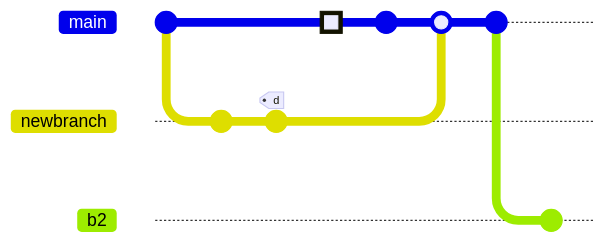
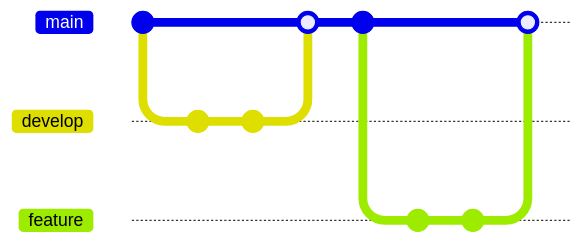
Before and after one commit to 1Nasr/Projet-Extension-VSCode: the second of 3 diagrams in test/export.md, drawn with Mermaid. The commit also changed other lines of this file and 3 other files, not shown here. Commit ids are hidden.

Commit message:
Mermaid fonctionnel

````diff
--- a/test/export.md
+++ b/test/export.md
@@ -48,15 +18,17 @@
-<pre class="mermaid" style="font-size: 24px;">
-gitGraph:
-    commit "Ashish"
-    branch newbranch
-    checkout newbranch
-    commit id:"1111"
-    commit tag:"d"
+```mermaid
+gitGraph
+    commit
+    branch develop
+    checkout develop
+    commit
+    commit
     checkout main
-    commit type: HIGHLIGHT
+    merge develop
     commit
-    merge newbranch
+    branch feature
+    checkout feature
     commit
-    branch b2
     commit
-</pre> 
+    checkout main
+    merge feature
+ ```
````
